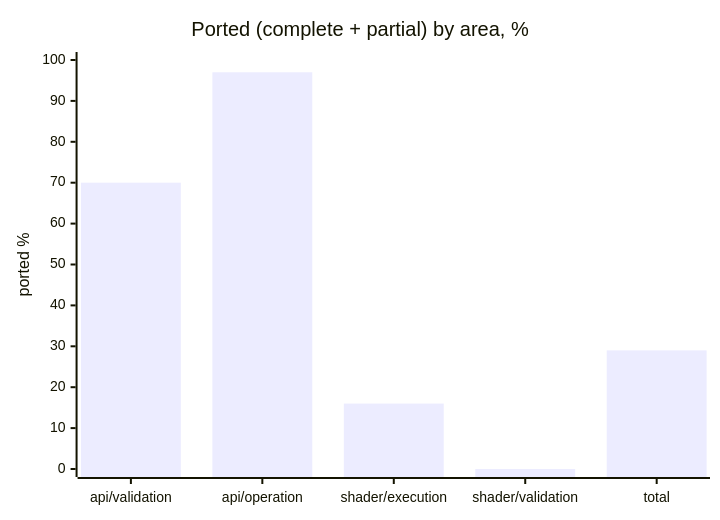
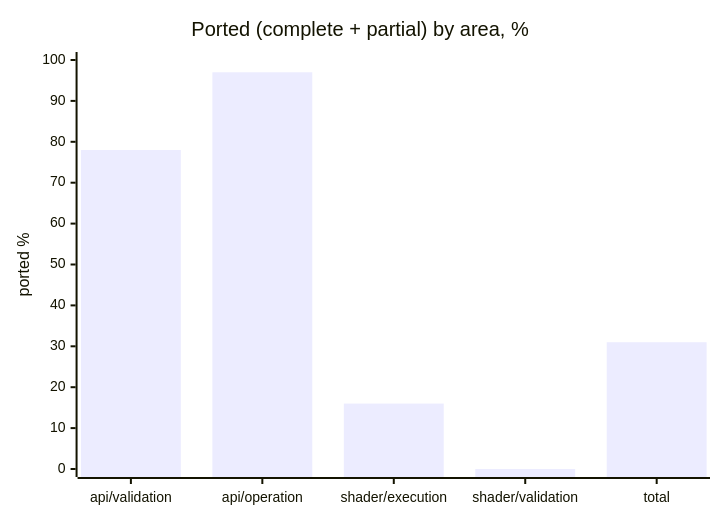
Before and after one commit to infosia/webgpu-native-cts: the second of 2 diagrams in README.md, drawn with Mermaid. The commit also changed other lines of this file and 15 other files, not shown here.

````diff
--- a/README.md
+++ b/README.md
@@ -104,7 +104,7 @@
 ```mermaid
 xychart-beta
     title "Ported (complete + partial) by area, %"
     x-axis ["api/validation", "api/operation", "shader/execution", "shader/validation", "total"]
     y-axis "ported %" 0 --> 100
-    bar [70, 97, 16, 0, 29]
+    bar [78, 97, 16, 0, 31]
 ```
````
